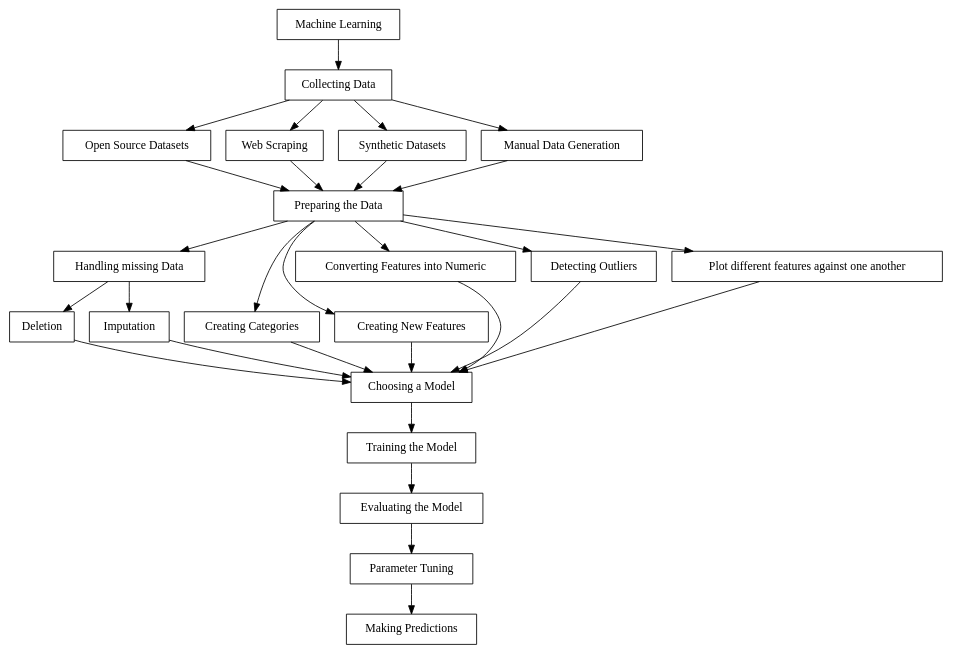
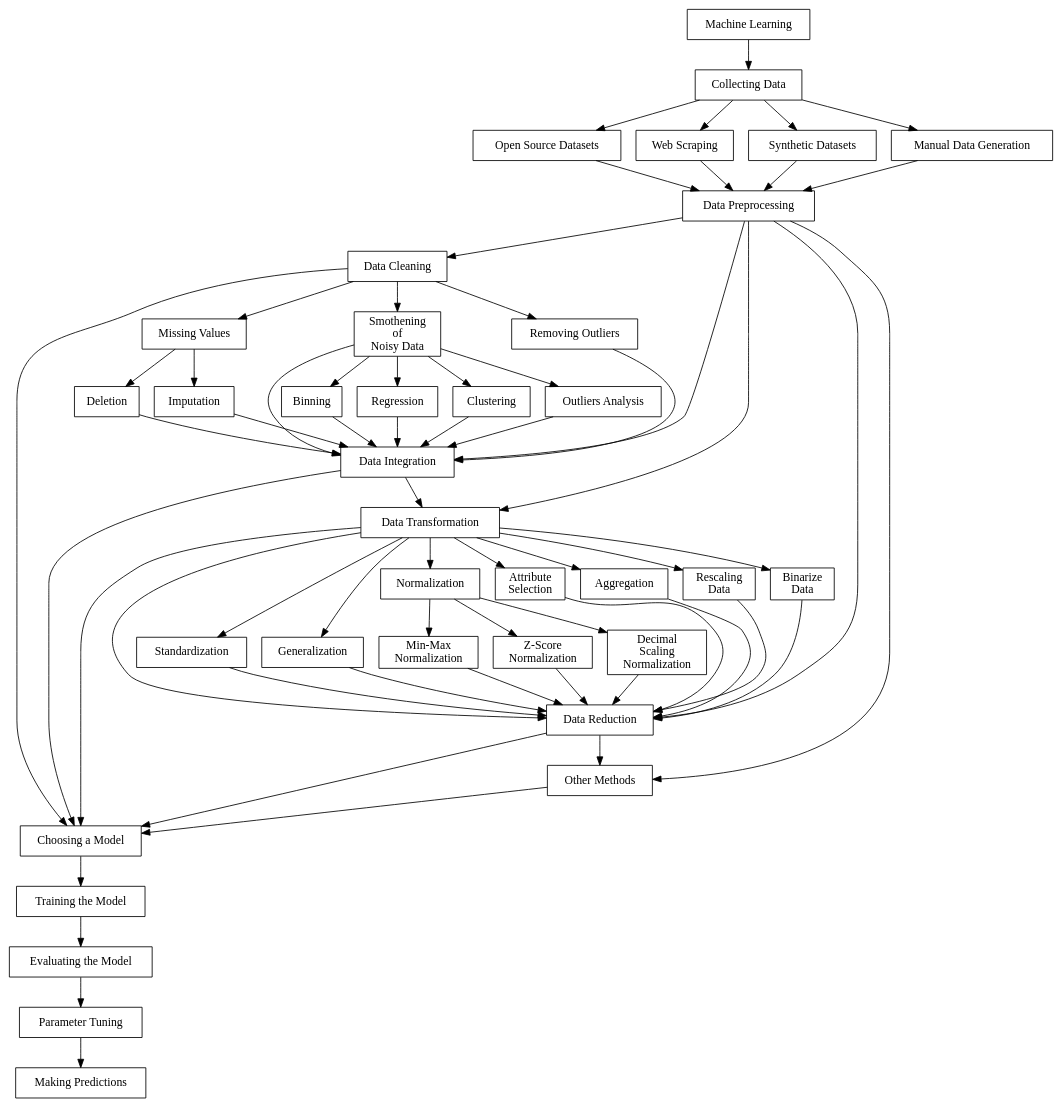
Before and after one commit to himanshu-1205/Machine-Learning: the diagram in Steps.gv, drawn with Graphviz. The commit also changed 14 other files, not shown here.

```diff
--- a/Steps.gv
+++ b/Steps.gv
@@ -1,50 +1,109 @@
 digraph {
 	m1 [label="Machine Learning" shape=box]
 	m2 [label="Collecting Data" shape=box]
-	m3 [label="Preparing the Data" shape=box]
+	m3 [label="Data Preprocessing" shape=box]
 	m4 [label="Choosing a Model" shape=box]
 	m5 [label="Training the Model" shape=box]
 	m6 [label="Evaluating the Model" shape=box]
 	m7 [label="Parameter Tuning" shape=box]
 	m8 [label="Making Predictions" shape=box]
 	m1 -> m2
 	m4 -> m5
 	m5 -> m6
 	m6 -> m7
 	m7 -> m8
 	m11 [label="Open Source Datasets" shape=box]
 	m12 [label="Web Scraping" shape=box]
 	m13 [label="Synthetic Datasets" shape=box]
 	m14 [label="Manual Data Generation" shape=box]
 	m2 -> m11
 	m2 -> m12
 	m2 -> m13
 	m2 -> m14
 	m11 -> m3
 	m12 -> m3
 	m13 -> m3
 	m14 -> m3
-	m21 [label="Handling missing Data" shape=box]
-	m22 [label="Creating Categories" shape=box]
-	m23 [label="Creating New Features" shape=box]
-	m24 [label="Converting Features into Numeric" shape=box]
-	m25 [label="Detecting Outliers" shape=box]
-	m26 [label="Plot different features against one another" shape=box]
+	m21 [label="Data Cleaning" shape=box]
+	m22 [label="Data Integration" shape=box]
+	m23 [label="Data Transformation" shape=box]
+	m24 [label="Data Reduction" shape=box]
+	m25 [label="Other Methods" shape=box]
 	m3 -> m21
 	m3 -> m22
 	m3 -> m23
 	m3 -> m24
 	m3 -> m25
-	m3 -> m26
+	m22 -> m23
+	m23 -> m24
+	m24 -> m25
+	m21 -> m4
 	m22 -> m4
 	m23 -> m4
 	m24 -> m4
 	m25 -> m4
-	m26 -> m4
+	m211 [label="Missing Values" shape=box]
+	m212 [label="Smothening
+of
+Noisy Data" shape=box]
+	m213 [label="Removing Outliers" shape=box]
 	m21 -> m211
 	m21 -> m212
-	m211 -> m4
-	m212 -> m4
-	m211 [label=Deletion shape=box]
-	m212 [label=Imputation shape=box]
+	m21 -> m213
+	m212 -> m22
+	m213 -> m22
+	m2111 [label=Deletion shape=box]
+	m2112 [label=Imputation shape=box]
+	m211 -> m2111
+	m211 -> m2112
+	m2111 -> m22
+	m2112 -> m22
+	m2121 [label=Binning shape=box]
+	m2122 [label=Regression shape=box]
+	m2123 [label=Clustering shape=box]
+	m2124 [label="Outliers Analysis" shape=box]
+	m212 -> m2121
+	m212 -> m2122
+	m212 -> m2123
+	m212 -> m2124
+	m2121 -> m22
+	m2122 -> m22
+	m2123 -> m22
+	m2124 -> m22
+	m231 [label=Standardization shape=box]
+	m232 [label=Generalization shape=box]
+	m233 [label=Normalization shape=box]
+	m234 [label="Attribute
+Selection" shape=box]
+	m235 [label=Aggregation shape=box]
+	m236 [label="Rescaling
+Data" shape=box]
+	m237 [label="Binarize
+Data" shape=box]
+	m23 -> m231
+	m23 -> m232
+	m23 -> m233
+	m23 -> m234
+	m23 -> m235
+	m23 -> m236
+	m23 -> m237
+	m231 -> m24
+	m232 -> m24
+	m234 -> m24
+	m235 -> m24
+	m236 -> m24
+	m237 -> m24
+	m2331 [label="Min-Max
+Normalization" shape=box]
+	m2332 [label="Z-Score
+Normalization" shape=box]
+	m2333 [label="Decimal
+Scaling
+Normalization" shape=box]
+	m233 -> m2331
+	m233 -> m2332
+	m233 -> m2333
+	m2331 -> m24
+	m2332 -> m24
+	m2333 -> m24
 }
```
